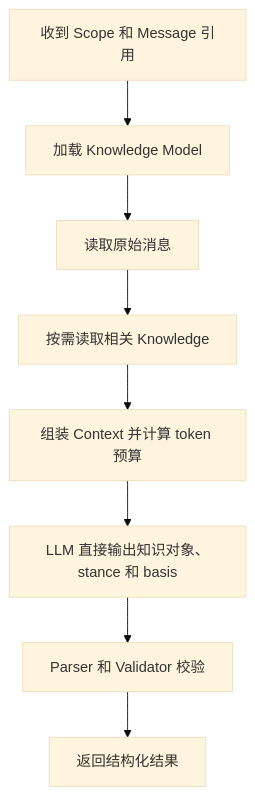
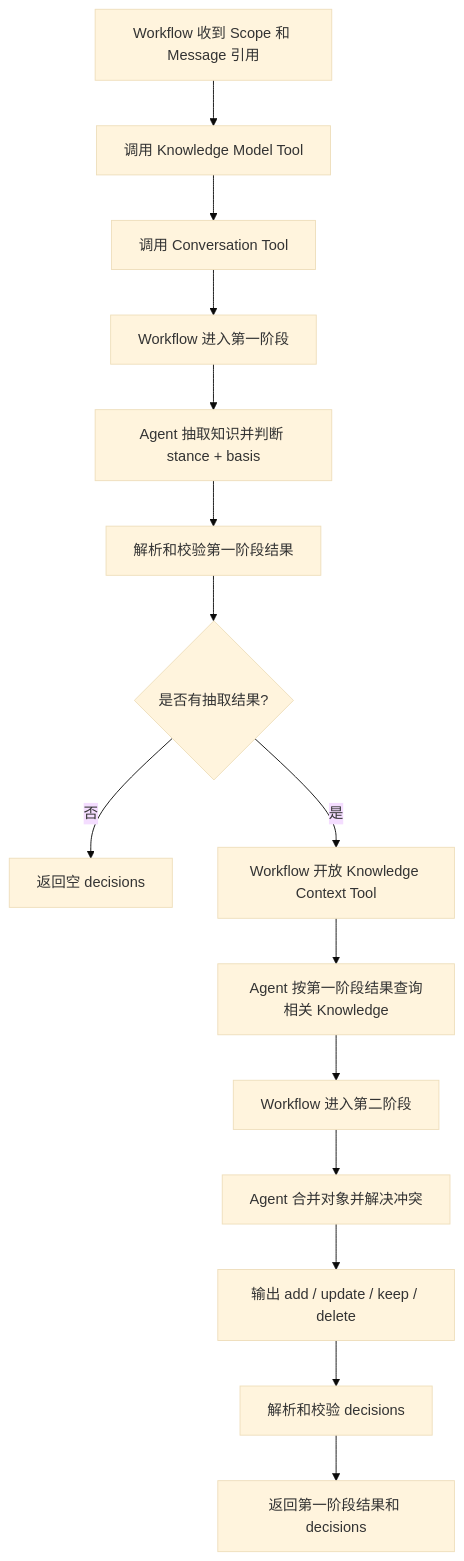
The first of 3 diagrams in zh-CN/02-workflow-and-decisions.md (gorenx/goren), drawn with Mermaid (base theme) before and after one commit. The commit also changed other lines of this file and 8 other files, not shown here.

````diff
--- a/zh-CN/02-workflow-and-decisions.md
+++ b/zh-CN/02-workflow-and-decisions.md
@@ -9,10 +9,18 @@
 ```mermaid
 flowchart TD
-    A["收到 Scope 和 Message 引用"] --> B["加载 Knowledge Model"]
-    B --> C["读取原始消息"]
-    C --> D["按需读取相关 Knowledge"]
-    D --> E["组装 Context 并计算 token 预算"]
-    E --> F["LLM 直接输出知识对象、stance 和 basis"]
-    F --> G["Parser 和 Validator 校验"]
-    G --> H["返回结构化结果"]
+    A["Workflow 收到 Scope 和 Message 引用"] --> B["调用 Knowledge Model Tool"]
+    B --> C["调用 Conversation Tool"]
+    C --> D["Workflow 进入第一阶段"]
+    D --> E["Agent 抽取知识并判断 stance + basis"]
+    E --> F["解析和校验第一阶段结果"]
+    F --> G{"是否有抽取结果?"}
+
+    G -- "否" --> H["返回空 decisions"]
+    G -- "是" --> I["Workflow 开放 Knowledge Context Tool"]
+    I --> J["Agent 按第一阶段结果查询相关 Knowledge"]
+    J --> K["Workflow 进入第二阶段"]
+    K --> L["Agent 合并对象并解决冲突"]
+    L --> M["输出 add / update / keep / delete"]
+    M --> N["解析和校验 decisions"]
+    N --> O["返回第一阶段结果和 decisions"]
 ```
````
